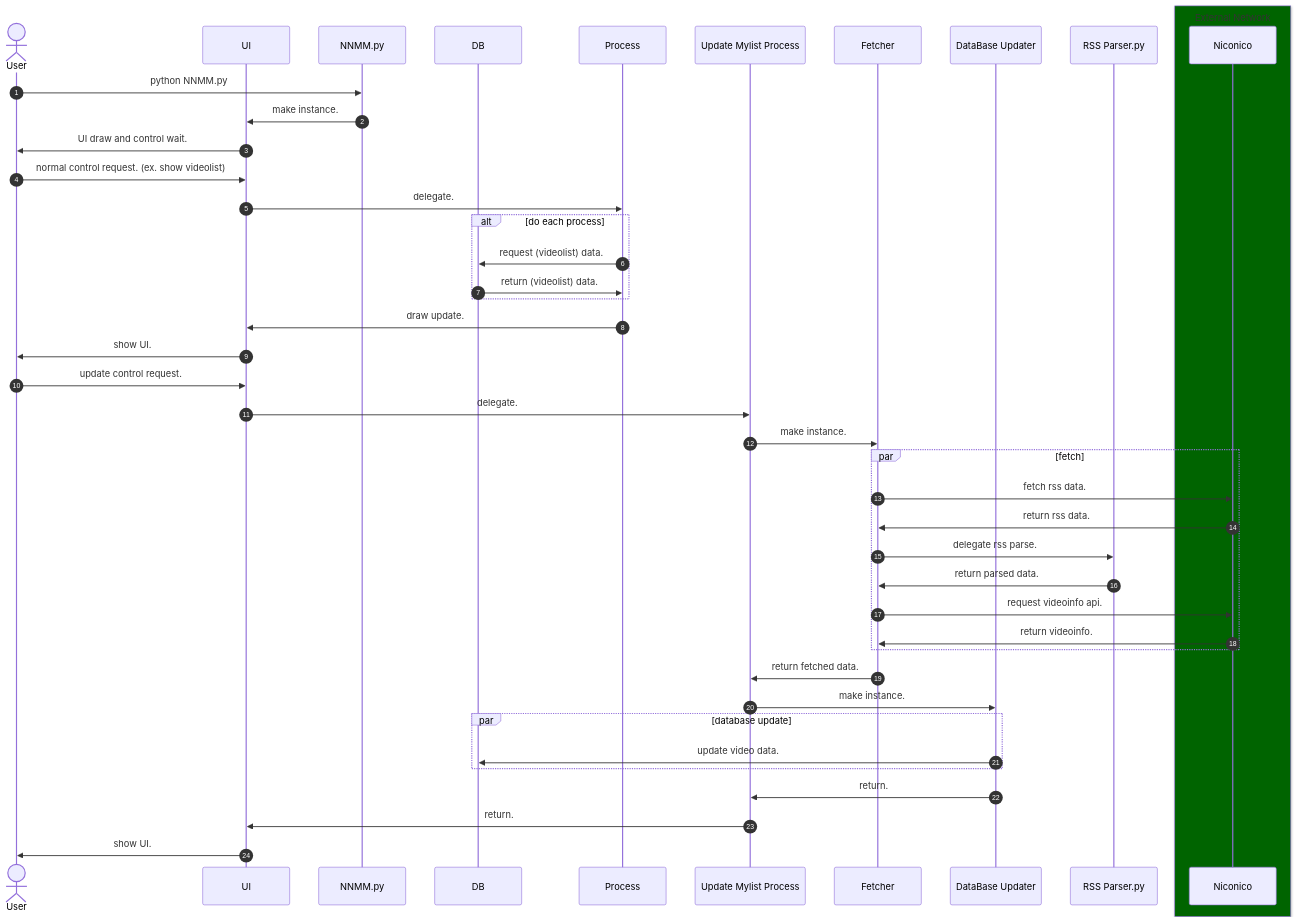
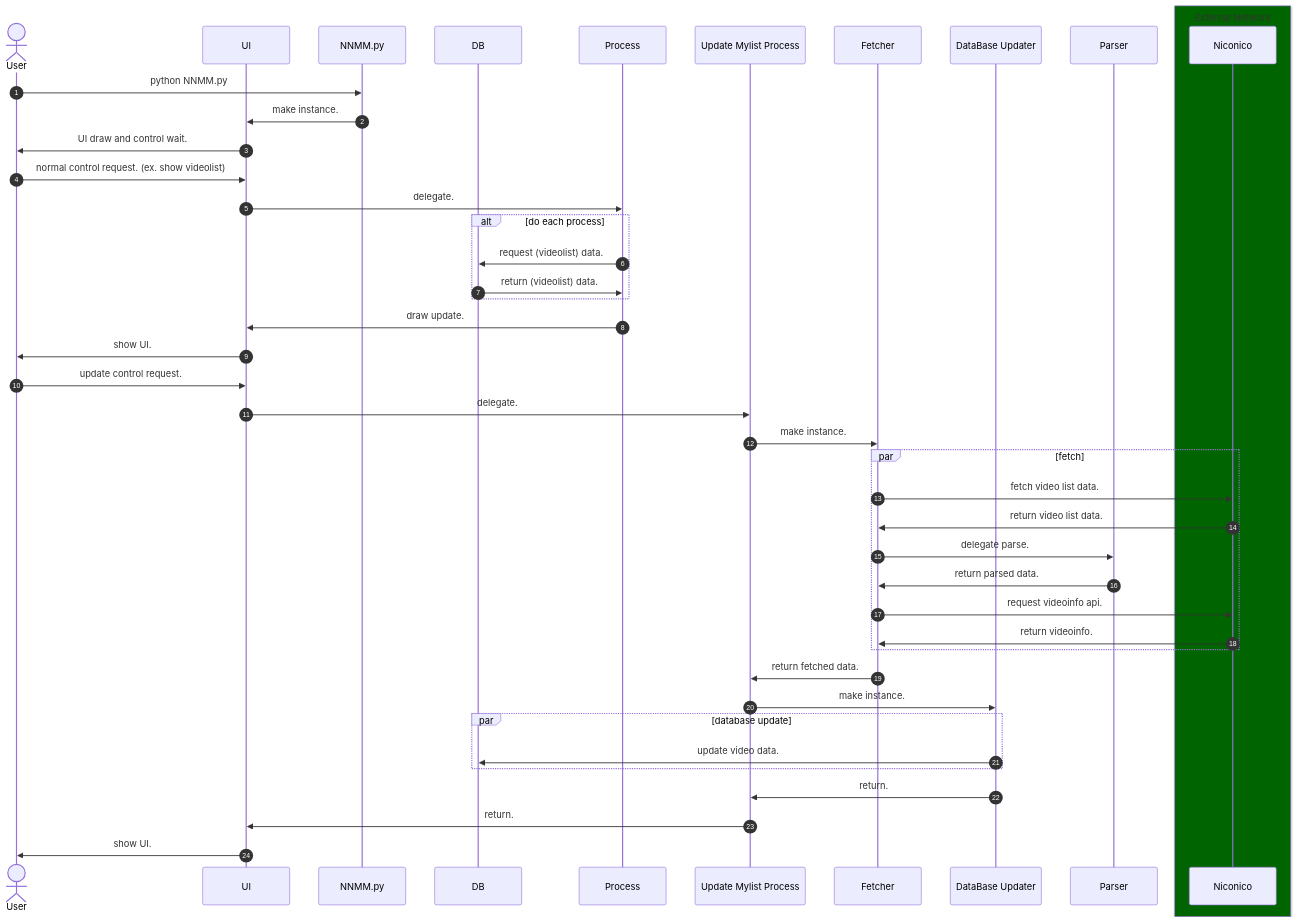
The diagram in mermaid/sequence.md (shift4869/NNMM), drawn with Mermaid before and after one commit.

Commit message:
シーケンス図更新

````diff
--- a/mermaid/sequence.md
+++ b/mermaid/sequence.md
@@ -1,52 +1,51 @@
 ```mermaid
 sequenceDiagram
     autonumber
 
     actor user as User
     participant ui as UI
     participant main as NNMM.py
     participant db as DB
     participant process as Process
     participant update_mylist as Update Mylist Process
     participant fetcher as Fetcher
     participant database_updater as DataBase Updater
-    # participant db as fav_db_controller.py\<br/>retweet_db_controller.py
-    participant parser as RSS Parser.py
+    participant parser as Parser
 
     box DarkGreen External Network
     participant niconico as Niconico
     end
 
     user ->> main: python NNMM.py
     main ->> ui : make instance.
     ui ->> user : UI draw and control wait.
 
     user ->> ui : normal control request. (ex. show videolist)
     ui ->> process : delegate.
     alt do each process
         process ->> db : request (videolist) data.
         db ->> process : return (videolist) data.
     end
     process ->> ui : draw update.
     ui ->> user : show UI.
 
     user ->> ui : update control request.
     ui ->> update_mylist : delegate.
     update_mylist ->> fetcher : make instance.
     par fetch
-        fetcher ->> niconico : fetch rss data.
-        niconico ->> fetcher : return rss data.
-        fetcher ->> parser : delegate rss parse.
+        fetcher ->> niconico : fetch video list data.
+        niconico ->> fetcher : return video list data.
+        fetcher ->> parser : delegate parse.
         parser ->> fetcher : return parsed data.
         fetcher ->> niconico : request videoinfo api.
         niconico ->> fetcher : return videoinfo.
     end
     fetcher ->> update_mylist : return fetched data.
     update_mylist ->> database_updater : make instance.
     par database update
         database_updater ->> db : update video data.
     end
     database_updater ->> update_mylist : return.
     update_mylist ->> ui : return.
     ui ->> user : show UI.
 ```
````
